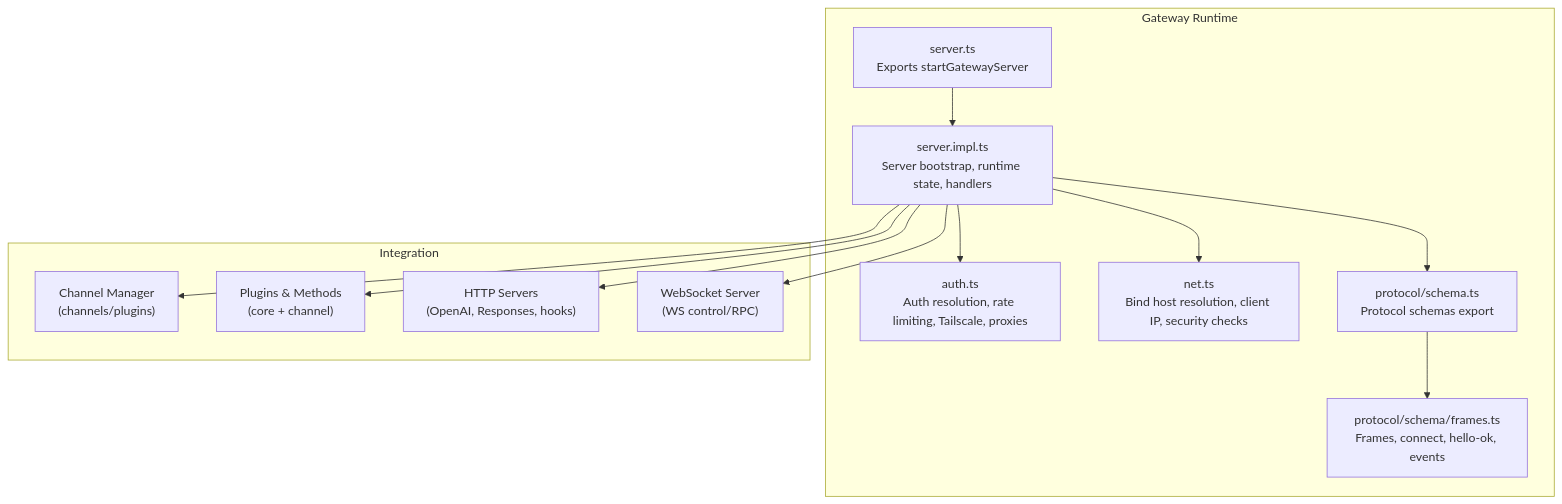
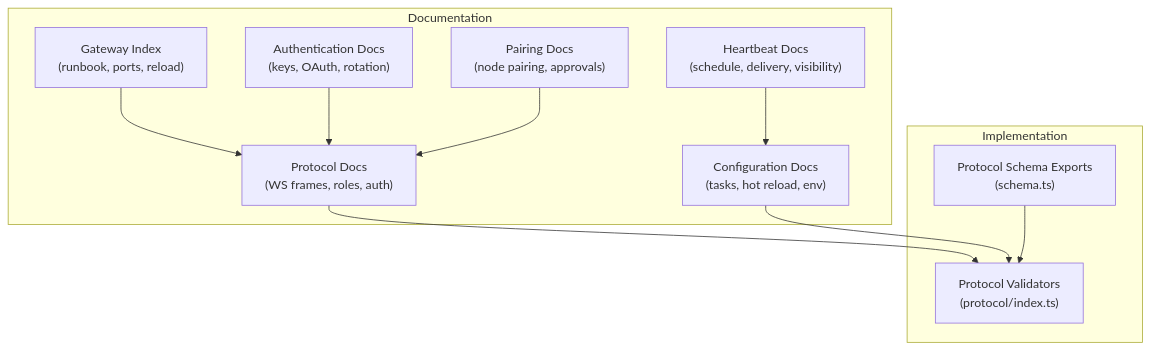
The first of 10 diagrams in repowiki/en/content/Gateway System/Gateway System.md (botx-work/OpenClaw-Internals), drawn with Mermaid before and after one commit. The commit also changed other lines of this file and 332 other files, not shown here.

````diff
--- a/repowiki/en/content/Gateway System/Gateway System.md
+++ b/repowiki/en/content/Gateway System/Gateway System.md
@@ -49,26 +45,22 @@
 ```mermaid
 graph TB
-subgraph "Gateway Runtime"
-A["server.ts<br/>Exports startGatewayServer"]
-B["server.impl.ts<br/>Server bootstrap, runtime state, handlers"]
-C["auth.ts<br/>Auth resolution, rate limiting, Tailscale, proxies"]
-D["net.ts<br/>Bind host resolution, client IP, security checks"]
-E["protocol/schema.ts<br/>Protocol schemas export"]
-F["protocol/schema/frames.ts<br/>Frames, connect, hello-ok, events"]
+subgraph "Documentation"
+IDX["Gateway Index<br/>(runbook, ports, reload)"]
+PROT["Protocol Docs<br/>(WS frames, roles, auth)"]
+CONF["Configuration Docs<br/>(tasks, hot reload, env)"]
+AUTHD["Authentication Docs<br/>(keys, OAuth, rotation)"]
+HB["Heartbeat Docs<br/>(schedule, delivery, visibility)"]
+PAIR["Pairing Docs<br/>(node pairing, approvals)"]
 end
-subgraph "Integration"
-G["Channel Manager<br/>(channels/plugins)"]
-H["Plugins & Methods<br/>(core + channel)"]
-I["HTTP Servers<br/>(OpenAI, Responses, hooks)"]
-J["WebSocket Server<br/>(WS control/RPC)"]
+subgraph "Implementation"
+SCHEMA["Protocol Schema Exports<br/>(schema.ts)"]
+VALID["Protocol Validators<br/>(protocol/index.ts)"]
 end
-A --> B
-B --> C
-B --> D
-B --> E
-E --> F
-B --> G
-B --> H
-B --> I
-B --> J
+IDX --> PROT
+PROT --> VALID
+CONF --> VALID
+AUTHD --> PROT
+HB --> CONF
+PAIR --> PROT
+SCHEMA --> VALID
 ```
````
